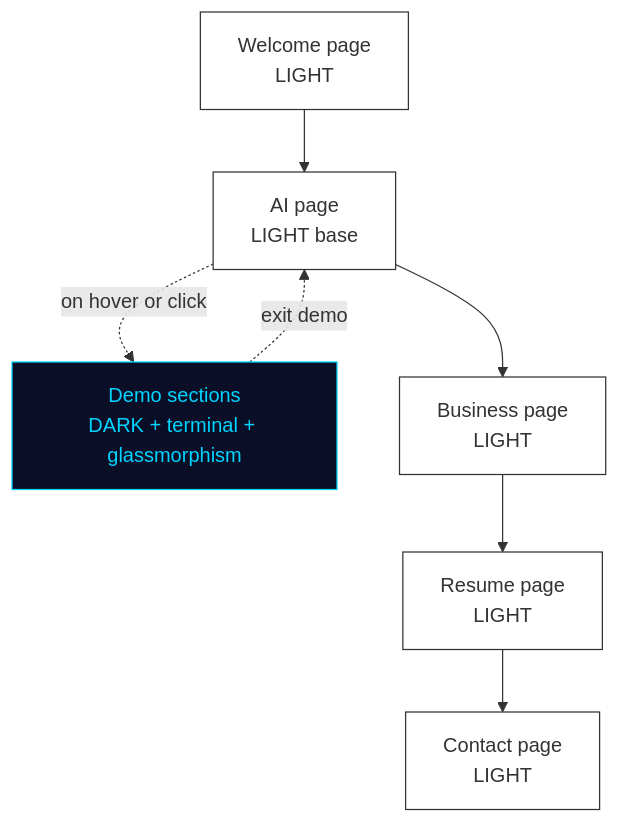
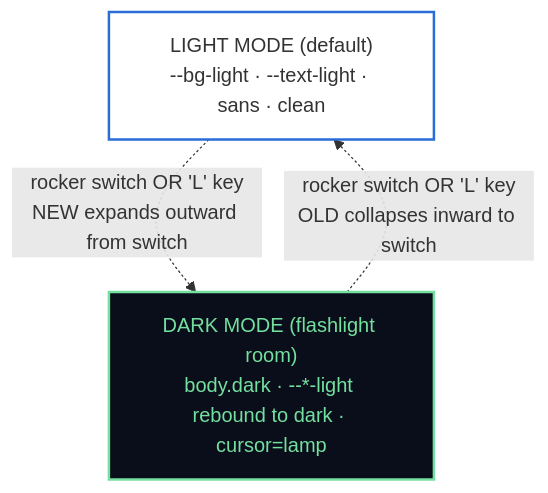
One commit to belonsavon-sys/portfolio changed the diagram in context/design.md. Above: the diagram before and after it, drawn with Mermaid. The commit also changed other lines of this file and 18 other files, not shown here.

````diff
--- a/context/design.md
+++ b/context/design.md
@@ -228,23 +229,11 @@
 ```mermaid
 flowchart TB
-    Welcome["Welcome page<br/>LIGHT"]
-    AI["AI page<br/>LIGHT base"]
-    AIDark["Demo sections<br/>DARK + terminal + glassmorphism"]
-    Business["Business page<br/>LIGHT"]
-    Resume["Resume page<br/>LIGHT"]
-    Contact["Contact page<br/>LIGHT"]
+    Light["LIGHT MODE (default)<br/>--bg-light · --text-light · sans · clean"]
+    Dark["DARK MODE (flashlight room)<br/>body.dark · --*-light rebound to dark · cursor=lamp"]
 
-    Welcome --> AI
-    AI -.->|on hover or click| AIDark
-    AIDark -.->|exit demo| AI
-    AI --> Business
-    Business --> Resume
-    Resume --> Contact
+    Light -.->|rocker switch OR 'L' key<br/>NEW expands outward from switch| Dark
+    Dark -.->|rocker switch OR 'L' key<br/>OLD collapses inward to switch| Light
 
-    style Welcome fill:#fff,stroke:#333
-    style AI fill:#fff,stroke:#333
-    style AIDark fill:#0a0e27,color:#00d4ff,stroke:#00d4ff
-    style Business fill:#fff,stroke:#333
-    style Resume fill:#fff,stroke:#333
-    style Contact fill:#fff,stroke:#333
+    style Light fill:#fff,stroke:#296ed6,stroke-width:2px
+    style Dark fill:#0a0e1a,color:#74e0a0,stroke:#74e0a0,stroke-width:2px
 ```
````
